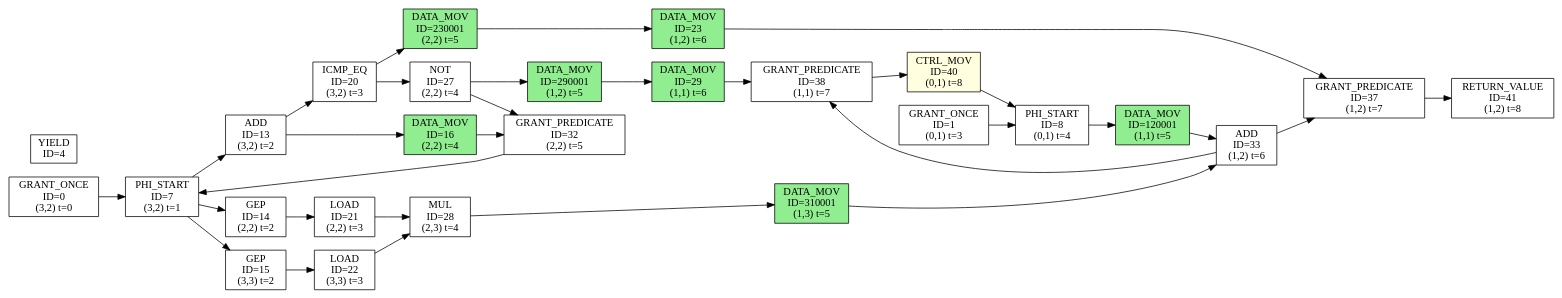
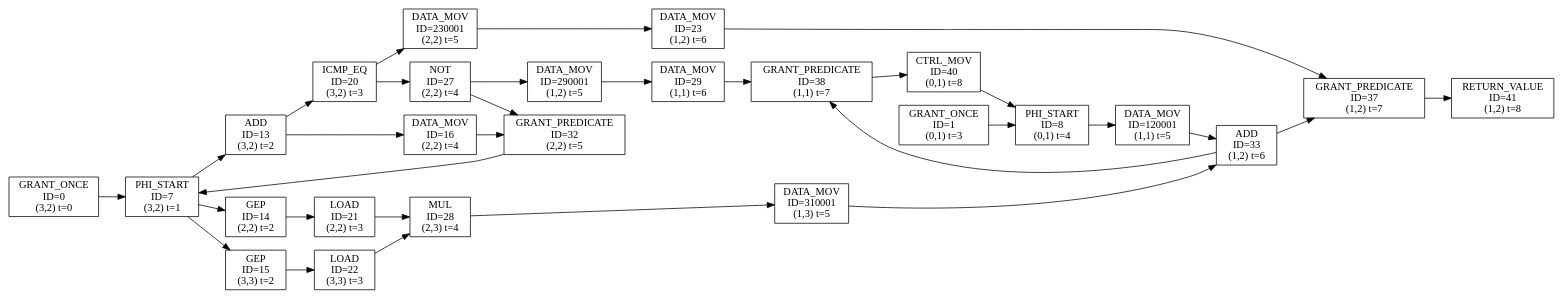
The diagram in kernel/fir/fir-dfg.dot (sarchlab/Zeonica_Testbench), drawn with Graphviz before and after one commit. The commit also changed 1 other file, not shown here.

```diff
--- a/kernel/fir/fir-dfg.dot
+++ b/kernel/fir/fir-dfg.dot
@@ -1,60 +1,58 @@
 digraph DFG {
   rankdir=LR;
-  node [shape=box, style=filled];
-  n0 [label="GRANT_ONCE\nID=0\n(3,2) t=0", fillcolor=white];
-  n1 [label="GRANT_ONCE\nID=1\n(0,1) t=3", fillcolor=white];
-  n4 [label="YIELD\nID=4", fillcolor=white];
-  n7 [label="PHI_START\nID=7\n(3,2) t=1", fillcolor=white];
-  n8 [label="PHI_START\nID=8\n(0,1) t=4", fillcolor=white];
-  n13 [label="ADD\nID=13\n(3,2) t=2", fillcolor=white];
-  n14 [label="GEP\nID=14\n(2,2) t=2", fillcolor=white];
-  n15 [label="GEP\nID=15\n(3,3) t=2", fillcolor=white];
-  n16 [label="DATA_MOV\nID=16\n(2,2) t=4", fillcolor=lightgreen];
-  n20 [label="ICMP_EQ\nID=20\n(3,2) t=3", fillcolor=white];
-  n21 [label="LOAD\nID=21\n(2,2) t=3", fillcolor=white];
-  n22 [label="LOAD\nID=22\n(3,3) t=3", fillcolor=white];
-  n23 [label="DATA_MOV\nID=23\n(1,2) t=6", fillcolor=lightgreen];
-  n27 [label="NOT\nID=27\n(2,2) t=4", fillcolor=white];
-  n28 [label="MUL\nID=28\n(2,3) t=4", fillcolor=white];
-  n29 [label="DATA_MOV\nID=29\n(1,1) t=6", fillcolor=lightgreen];
-  n32 [label="GRANT_PREDICATE\nID=32\n(2,2) t=5", fillcolor=white];
-  n33 [label="ADD\nID=33\n(1,2) t=6", fillcolor=white];
-  n37 [label="GRANT_PREDICATE\nID=37\n(1,2) t=7", fillcolor=white];
-  n38 [label="GRANT_PREDICATE\nID=38\n(1,1) t=7", fillcolor=white];
-  n40 [label="CTRL_MOV\nID=40\n(0,1) t=8", fillcolor=lightyellow];
-  n41 [label="RETURN_VALUE\nID=41\n(1,2) t=8", fillcolor=white];
-  n120001 [label="DATA_MOV\nID=120001\n(1,1) t=5", fillcolor=lightgreen];
-  n230001 [label="DATA_MOV\nID=230001\n(2,2) t=5", fillcolor=lightgreen];
-  n290001 [label="DATA_MOV\nID=290001\n(1,2) t=5", fillcolor=lightgreen];
-  n310001 [label="DATA_MOV\nID=310001\n(1,3) t=5", fillcolor=lightgreen];
+  n0 [shape=box,label="GRANT_ONCE\nID=0\n(3,2) t=0"];
+  n1 [shape=box,label="GRANT_ONCE\nID=1\n(0,1) t=3"];
+  n7 [shape=box,label="PHI_START\nID=7\n(3,2) t=1"];
+  n8 [shape=box,label="PHI_START\nID=8\n(0,1) t=4"];
+  n13 [shape=box,label="ADD\nID=13\n(3,2) t=2"];
+  n14 [shape=box,label="GEP\nID=14\n(2,2) t=2"];
+  n15 [shape=box,label="GEP\nID=15\n(3,3) t=2"];
+  n16 [shape=box,label="DATA_MOV\nID=16\n(2,2) t=4"];
+  n20 [shape=box,label="ICMP_EQ\nID=20\n(3,2) t=3"];
+  n21 [shape=box,label="LOAD\nID=21\n(2,2) t=3"];
+  n22 [shape=box,label="LOAD\nID=22\n(3,3) t=3"];
+  n23 [shape=box,label="DATA_MOV\nID=23\n(1,2) t=6"];
+  n27 [shape=box,label="NOT\nID=27\n(2,2) t=4"];
+  n28 [shape=box,label="MUL\nID=28\n(2,3) t=4"];
+  n29 [shape=box,label="DATA_MOV\nID=29\n(1,1) t=6"];
+  n32 [shape=box,label="GRANT_PREDICATE\nID=32\n(2,2) t=5"];
+  n33 [shape=box,label="ADD\nID=33\n(1,2) t=6"];
+  n37 [shape=box,label="GRANT_PREDICATE\nID=37\n(1,2) t=7"];
+  n38 [shape=box,label="GRANT_PREDICATE\nID=38\n(1,1) t=7"];
+  n40 [shape=box,label="CTRL_MOV\nID=40\n(0,1) t=8"];
+  n41 [shape=box,label="RETURN_VALUE\nID=41\n(1,2) t=8"];
+  n120001 [shape=box,label="DATA_MOV\nID=120001\n(1,1) t=5"];
+  n230001 [shape=box,label="DATA_MOV\nID=230001\n(2,2) t=5"];
+  n290001 [shape=box,label="DATA_MOV\nID=290001\n(1,2) t=5"];
+  n310001 [shape=box,label="DATA_MOV\nID=310001\n(1,3) t=5"];
   n40 -> n8;
   n13 -> n16;
   n16 -> n32;
   n38 -> n40;
   n28 -> n310001;
   n8 -> n120001;
   n27 -> n290001;
   n290001 -> n29;
   n29 -> n38;
   n20 -> n230001;
   n230001 -> n23;
   n23 -> n37;
   n33 -> n38;
   n310001 -> n33;
   n32 -> n7;
   n0 -> n7;
   n14 -> n21;
   n33 -> n37;
   n1 -> n8;
   n15 -> n22;
   n7 -> n13;
   n37 -> n41;
   n7 -> n14;
   n7 -> n15;
   n20 -> n27;
   n120001 -> n33;
   n21 -> n28;
   n13 -> n20;
   n27 -> n32;
   n22 -> n28;
 }
```
